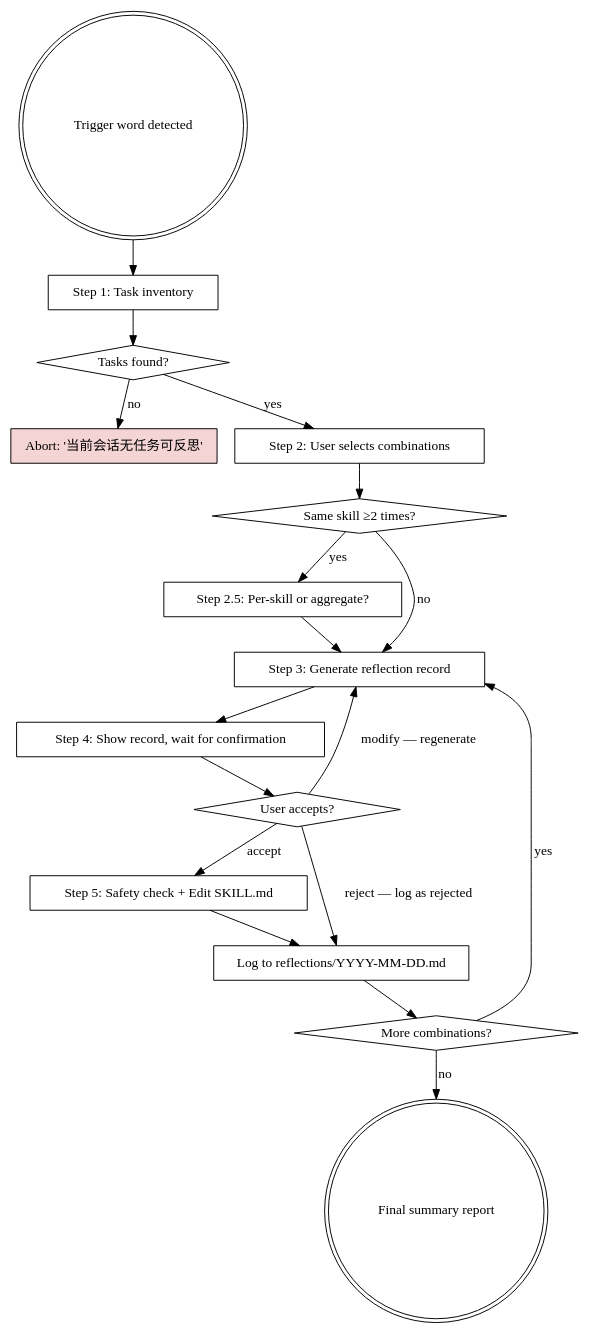
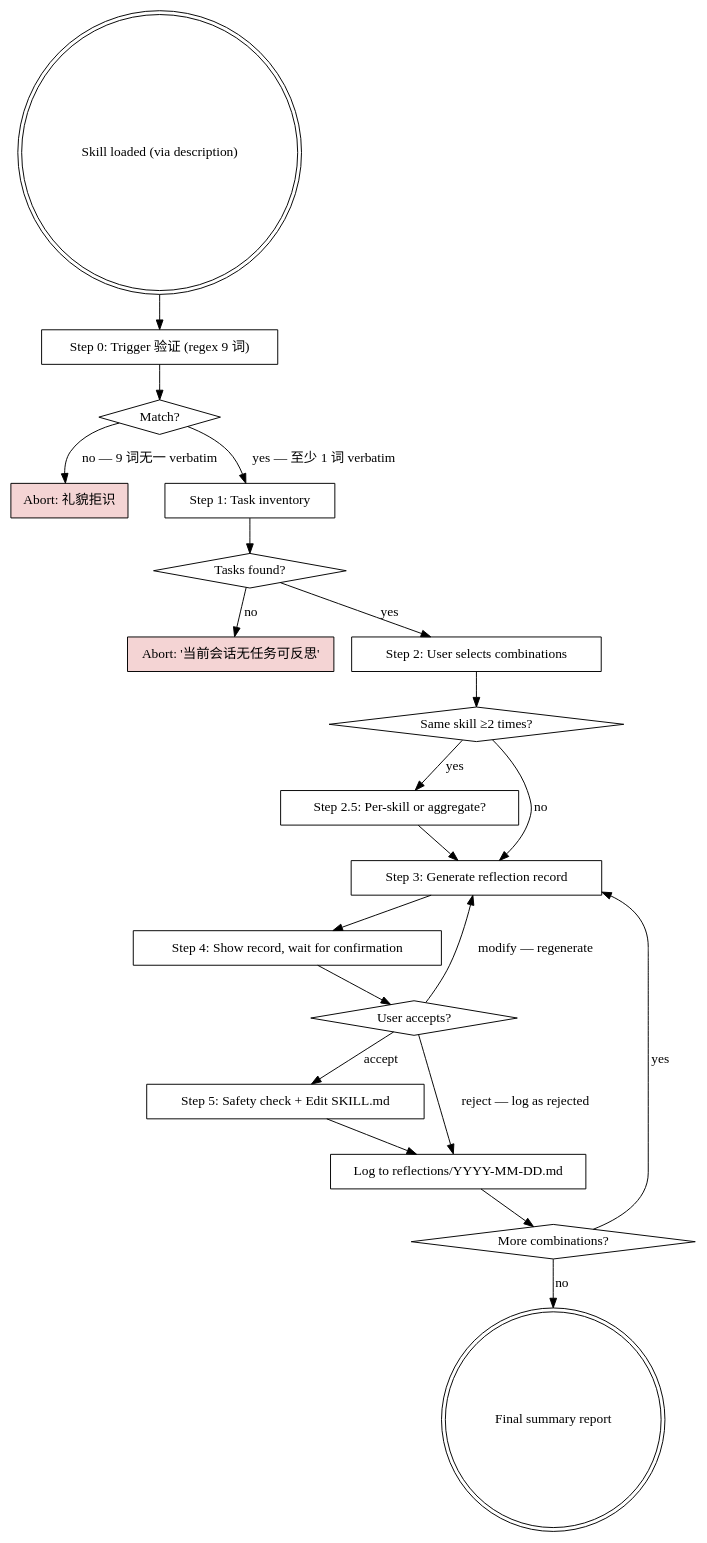
Before and after one commit to z77orz/Skill-Enrichment: the first of 2 diagrams in SKILL.md, drawn with Graphviz. The commit also changed other lines of this file, not shown here.

First line of the commit message:
feat(v3): add Step 0 trigger verification gate in body

````diff
--- a/SKILL.md
+++ b/SKILL.md
@@ -92,36 +117,42 @@
 ```dot
 digraph v2_flow {
-    "Trigger word detected" [shape=doublecircle];
+    "Skill loaded (via description)" [shape=doublecircle];
+    "Step 0: Trigger 验证 (regex 9 词)" [shape=box];
+    "Match?" [shape=diamond];
+    "Abort: 礼貌拒识" [shape=box, style=filled, fillcolor="#f4d4d4"];
     "Step 1: Task inventory" [shape=box];
     "Tasks found?" [shape=diamond];
     "Abort: '当前会话无任务可反思'" [shape=box, style=filled, fillcolor="#f4d4d4"];
     "Step 2: User selects combinations" [shape=box];
     "Same skill ≥2 times?" [shape=diamond];
     "Step 2.5: Per-skill or aggregate?" [shape=box];
     "Step 3: Generate reflection record" [shape=box];
     "Step 4: Show record, wait for confirmation" [shape=box];
     "User accepts?" [shape=diamond];
     "Step 5: Safety check + Edit SKILL.md" [shape=box];
     "Log to reflections/YYYY-MM-DD.md" [shape=box];
     "More combinations?" [shape=diamond];
     "Final summary report" [shape=doublecircle];
 
-    "Trigger word detected" -> "Step 1: Task inventory";
+    "Skill loaded (via description)" -> "Step 0: Trigger 验证 (regex 9 词)";
+    "Step 0: Trigger 验证 (regex 9 词)" -> "Match?";
+    "Match?" -> "Abort: 礼貌拒识" [label="no — 9 词无一 verbatim"];
+    "Match?" -> "Step 1: Task inventory" [label="yes — 至少 1 词 verbatim"];
     "Step 1: Task inventory" -> "Tasks found?" [label=""];
     "Tasks found?" -> "Abort: '当前会话无任务可反思'" [label="no"];
     "Tasks found?" -> "Step 2: User selects combinations" [label="yes"];
     "Step 2: User selects combinations" -> "Same skill ≥2 times?";
     "Same skill ≥2 times?" -> "Step 2.5: Per-skill or aggregate?" [label="yes"];
     "Same skill ≥2 times?" -> "Step 3: Generate reflection record" [label="no"];
     "Step 2.5: Per-skill or aggregate?" -> "Step 3: Generate reflection record";
     "Step 3: Generate reflection record" -> "Step 4: Show record, wait for confirmation";
     "Step 4: Show record, wait for confirmation" -> "User accepts?";
     "User accepts?" -> "Step 5: Safety check + Edit SKILL.md" [label="accept"];
     "User accepts?" -> "Log to reflections/YYYY-MM-DD.md" [label="reject — log as rejected"];
     "User accepts?" -> "Step 3: Generate reflection record" [label="modify — regenerate"];
     "Step 5: Safety check + Edit SKILL.md" -> "Log to reflections/YYYY-MM-DD.md";
     "Log to reflections/YYYY-MM-DD.md" -> "More combinations?";
     "More combinations?" -> "Step 3: Generate reflection record" [label="yes"];
     "More combinations?" -> "Final summary report" [label="no"];
 }
 ```
````
